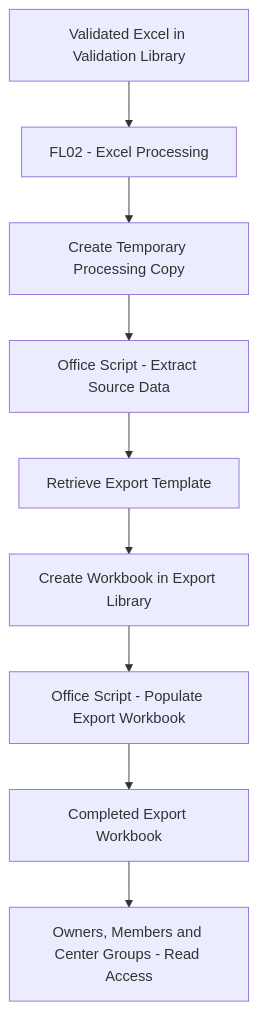
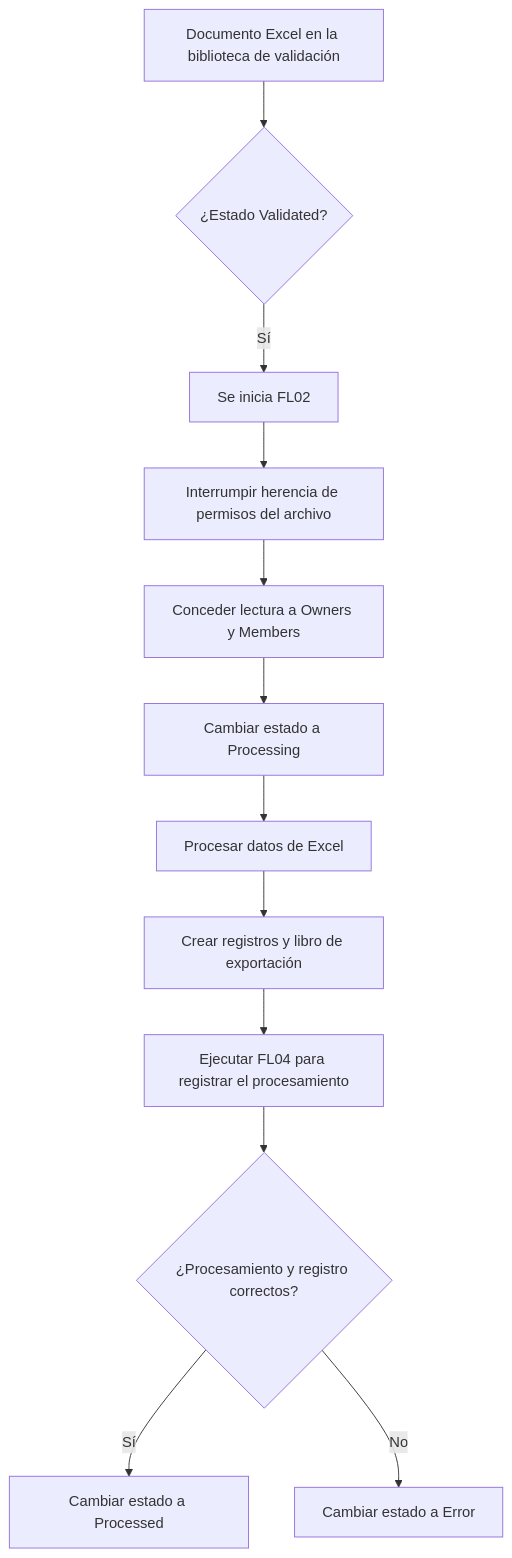
One commit to smartinmunoz/power-platform-portfolio-es changed the diagram in Power-Automate/SharePoint-Excel-Automation/Sharepoint/libraries/export-library.md. Above: the diagram before and after it, drawn with Mermaid. The commit also changed other lines of this file, not shown here.

First line of the commit message:
docs: translate SharePoint export library to Spanish

````diff
--- a/Power-Automate/SharePoint-Excel-Automation/Sharepoint/libraries/export-library.md
+++ b/Power-Automate/SharePoint-Excel-Automation/Sharepoint/libraries/export-library.md
@@ -143,21 +124,27 @@
 ```mermaid
 flowchart TD
-    A[Validated Excel in Validation Library]
-    B[FL02 - Excel Processing]
-    C[Create Temporary Processing Copy]
-    D[Office Script - Extract Source Data]
-    E[Retrieve Export Template]
-    F[Create Workbook in Export Library]
-    G[Office Script - Populate Export Workbook]
-    H[Completed Export Workbook]
-    I[Owners, Members and Center Groups - Read Access]
+    A["Documento Excel en la biblioteca de validación"]
+    B{"¿Estado Validated?"}
+    C["Se inicia FL02"]
+    D["Interrumpir herencia de permisos del archivo"]
+    E["Conceder lectura a Owners y Members"]
+    F["Cambiar estado a Processing"]
+    G["Procesar datos de Excel"]
+    H["Crear registros y libro de exportación"]
+    I["Ejecutar FL04 para registrar el procesamiento"]
+    J{"¿Procesamiento y registro correctos?"}
+    K["Cambiar estado a Processed"]
+    L["Cambiar estado a Error"]
 
     A --> B
-    B --> C
+    B -->|Sí| C
     C --> D
     D --> E
     E --> F
     F --> G
     G --> H
     H --> I
+    I --> J
+    J -->|Sí| K
+    J -->|No| L
 ```
````
